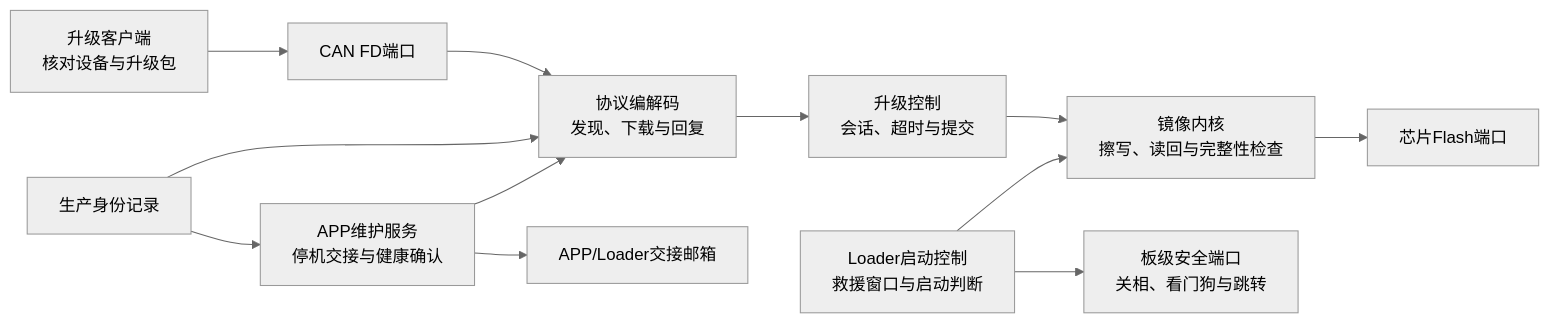
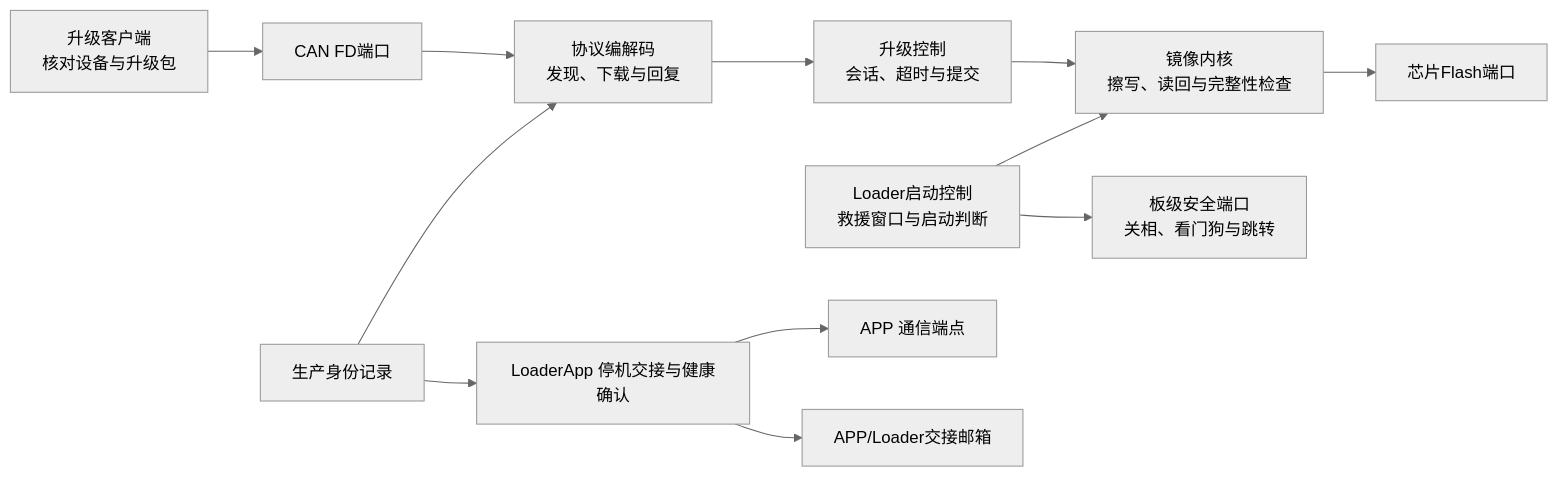
One commit to haoyang877/Vector_Mini_ST_Firmware changed the first of 3 diagrams in docs/architecture/loader/loader_product_v3.md. Above: the diagram before and after it, drawn with Mermaid (neutral theme). The commit also changed other lines of this file and 2 other files, not shown here.

Commit message:
docs(loader): 说明双板下载、激活交接与 SWD 核验

````diff
--- a/docs/architecture/loader/loader_product_v3.md
+++ b/docs/architecture/loader/loader_product_v3.md
@@ -26,15 +26,15 @@
 ```mermaid
 flowchart LR
     Host[升级客户端<br/>核对设备与升级包] --> Bus[CAN FD端口]
     Bus --> Wire[协议编解码<br/>发现、下载与回复]
     Wire --> Upgrade[升级控制<br/>会话、超时与提交]
     Upgrade --> Image[镜像内核<br/>擦写、读回与完整性检查]
     Image --> Flash[芯片Flash端口]
 
     Boot[Loader启动控制<br/>救援窗口与启动判断] --> Image
     Boot --> Platform[板级安全端口<br/>关相、看门狗与跳转]
-    App[APP维护服务<br/>停机交接与健康确认] --> Wire
+    App[LoaderApp 停机交接与健康确认] --> AppWire[APP 通信端点]
     App --> Mailbox[APP/Loader交接邮箱]
     Identity[生产身份记录] --> Wire
     Identity --> App
 ```
````
